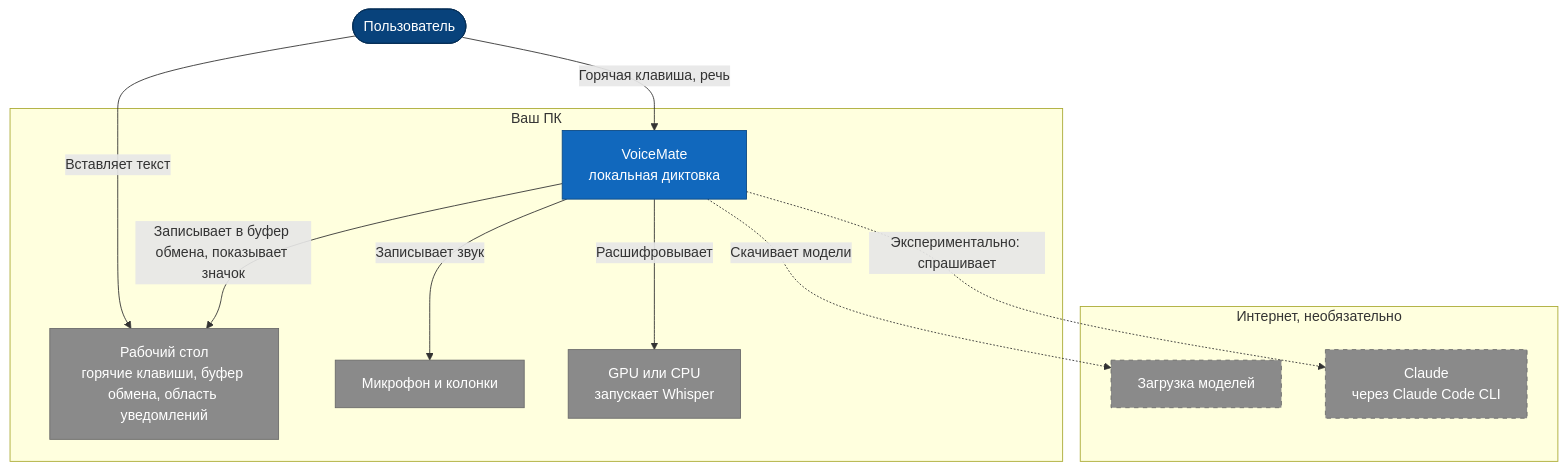
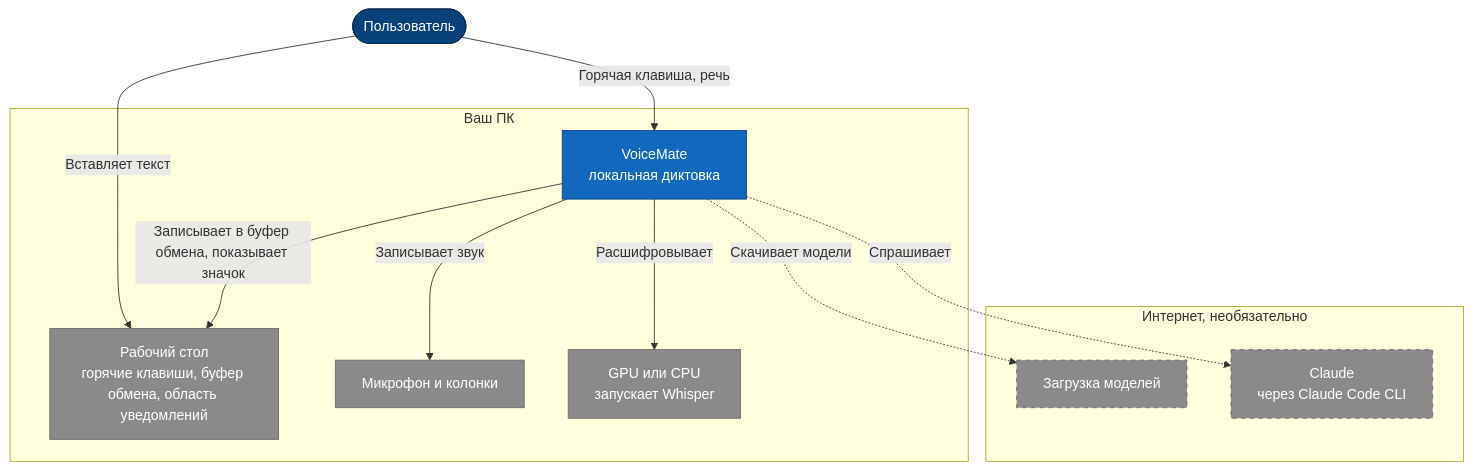
One commit to nano-br/voice-mate changed the first of 6 diagrams in README.ru.md. Above: the diagram before and after it, drawn with Mermaid. The commit also changed other lines of this file and 12 other files, not shown here.

````diff
--- a/README.ru.md
+++ b/README.ru.md
@@ -190,36 +200,36 @@
 ```mermaid
 flowchart TB
     user(["Пользователь"])
     subgraph pc["Ваш ПК"]
         vm["VoiceMate<br/>локальная диктовка"]
         desk["Рабочий стол<br/>горячие клавиши, буфер обмена, область уведомлений"]
         audio["Микрофон и колонки"]
         gpu["GPU или CPU<br/>запускает Whisper"]
     end
     subgraph net["Интернет, необязательно"]
         hub["Загрузка моделей"]
         claude["Claude<br/>через Claude Code CLI"]
     end
     user -->|"Горячая клавиша, речь"| vm
     user -->|"Вставляет текст"| desk
     vm -->|"Записывает в буфер обмена, показывает значок"| desk
     vm -->|"Записывает звук"| audio
     vm -->|"Расшифровывает"| gpu
     vm -.->|"Скачивает модели"| hub
-    vm -.->|"Экспериментально: спрашивает"| claude
+    vm -.->|"Спрашивает"| claude
 
     classDef person fill:#08427b,stroke:#052e56,color:#ffffff
     classDef system fill:#1168bd,stroke:#0b4884,color:#ffffff
     classDef container fill:#438dd5,stroke:#2e6295,color:#ffffff
     classDef component fill:#85bbf0,stroke:#5d82a8,color:#000000
     classDef store fill:#00838f,stroke:#005f66,color:#ffffff
     classDef external fill:#8a8a8a,stroke:#6b6b6b,color:#ffffff
     classDef optional fill:#8a8a8a,stroke:#6b6b6b,color:#ffffff,stroke-dasharray:5 5
     classDef ok fill:#2e7d32,stroke:#1b5e20,color:#ffffff
     classDef warn fill:#f9a825,stroke:#c17900,color:#000000
     classDef bad fill:#c0392b,stroke:#922b21,color:#ffffff
     class user person
     class vm system
     class desk,audio,gpu external
     class hub,claude optional
 ```
````
